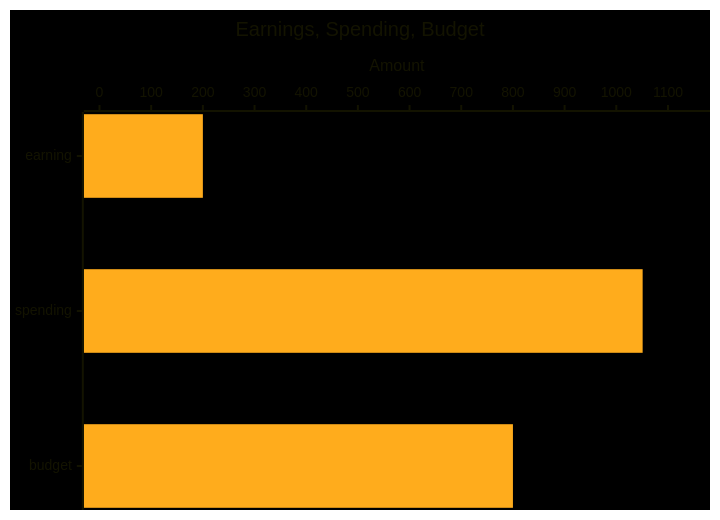
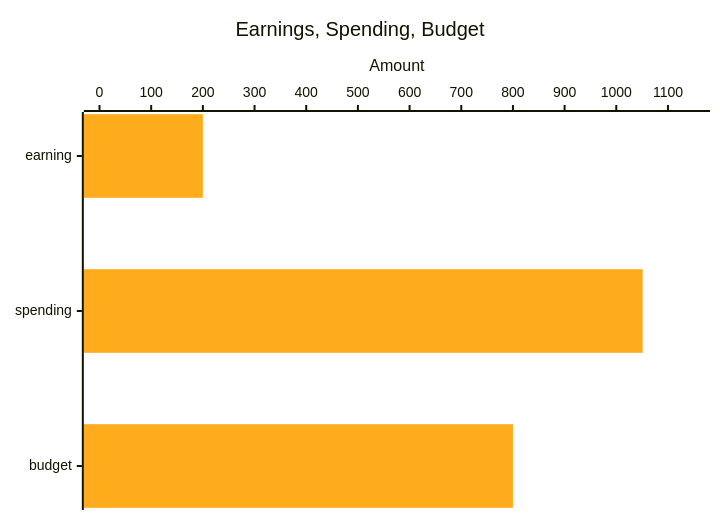
The third of 5 diagrams in data/template/2024-07/2024-07-budget.md (Indyandie/yosan), drawn with Mermaid before and after one commit. The commit also changed other lines of this file and 1 other file, not shown here.

````diff
--- a/data/template/2024-07/2024-07-budget.md
+++ b/data/template/2024-07/2024-07-budget.md
@@ -46,14 +44,13 @@
 ```mermaid
 --- 
 config: 
    themeVariables:
       xyChart: 
-         backgroundColor: "#000"
          plotColorPalette: "#ffac1c, #097969"
 ---
 xychart-beta horizontal 
     title "Earnings, Spending, Budget"
     y-axis "Amount" 0 --> 1151.00
     x-axis [earning, spending, budget]
     bar [200.00, 1051.00, 800.00]
 ```
````
